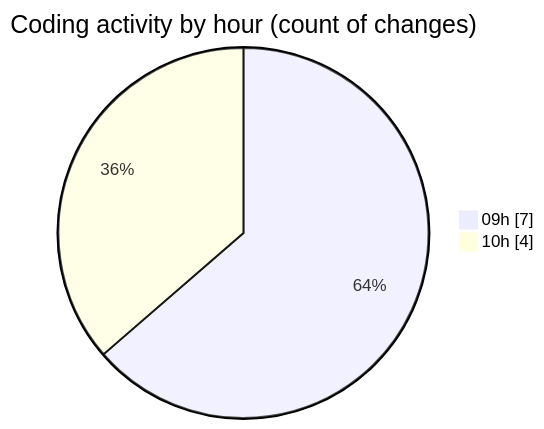
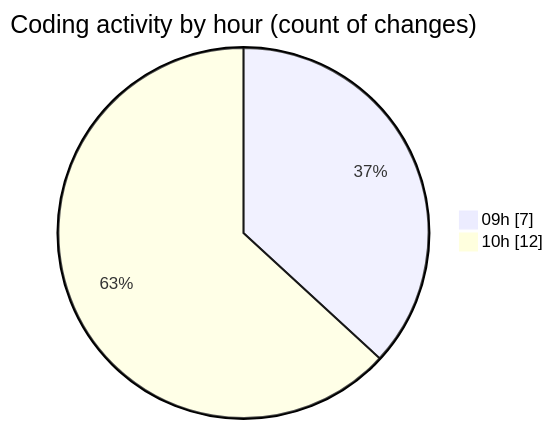
One commit to momahboobian/code-tracking changed the second of 2 diagrams in 2026-03-30/cda/README.md. Above: the diagram before and after it, drawn with Mermaid. The commit also changed other lines of this file and 1 other file, not shown here.

````diff
--- a/2026-03-30/cda/README.md
+++ b/2026-03-30/cda/README.md
@@ -34,6 +36,6 @@
 ```mermaid
 pie showData
 title Coding activity by hour (count of changes)
 "09h" : 7
-"10h" : 4
+"10h" : 12
 ```
````
